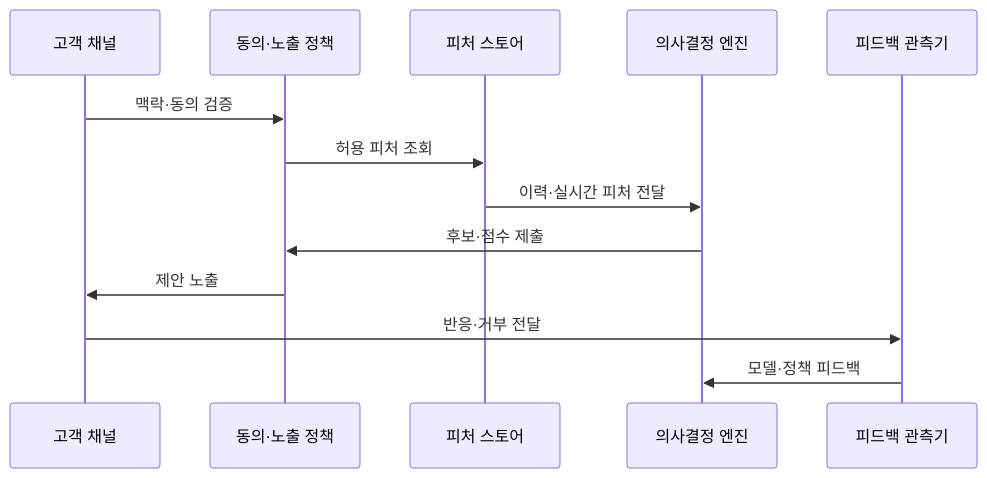
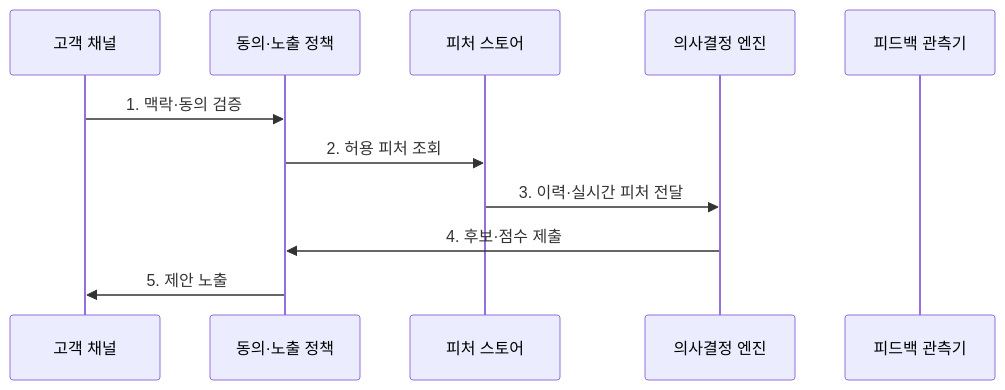
One commit to agnusdei1207/knowledge-base changed the second of 2 diagrams in src/content/docs/notes/03-software/210_hyper_personalization_service.md. Above: the diagram before and after it, drawn with Mermaid. The commit also changed other lines of this file and 20 other files, not shown here.

````diff
--- a/src/content/docs/notes/03-software/210_hyper_personalization_service.md
+++ b/src/content/docs/notes/03-software/210_hyper_personalization_service.md
@@ -79,15 +82,15 @@
 ```mermaid
 sequenceDiagram
     participant C as 고객 채널
     participant P as 동의·노출 정책
     participant F as 피처 스토어
     participant D as 의사결정 엔진
     participant O as 피드백 관측기
-    C->>P: 맥락·동의 검증
-    P->>F: 허용 피처 조회
-    F->>D: 이력·실시간 피처 전달
-    D->>P: 후보·점수 제출
-    P->>C: 제안 노출
-    C->>O: 반응·거부 전달
-    O->>D: 모델·정책 피드백
+    C->>P: 1. 맥락·동의 검증
+    P->>F: 2. 허용 피처 조회
+    F->>D: 3. 이력·실시간 피처 전달
+    D->>P: 4. 후보·점수 제출
+    P->>C: 5. 제안 노출
+
+
 ```
````
